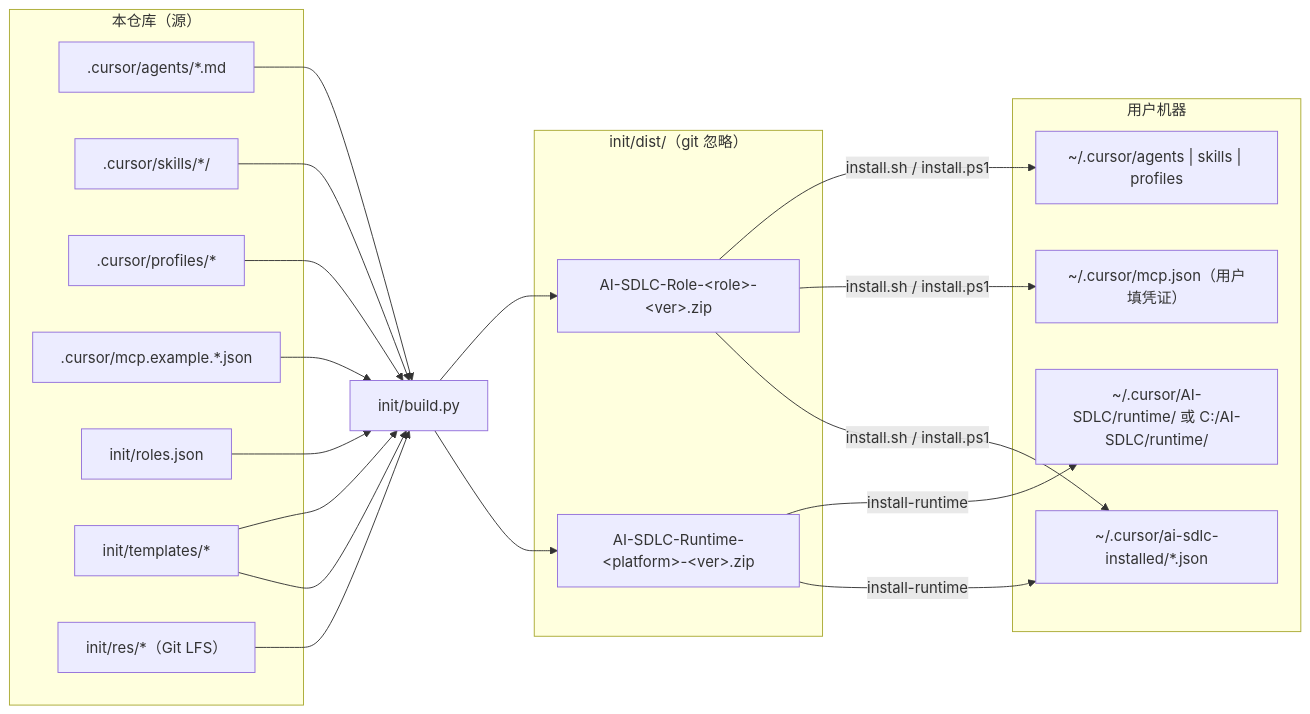
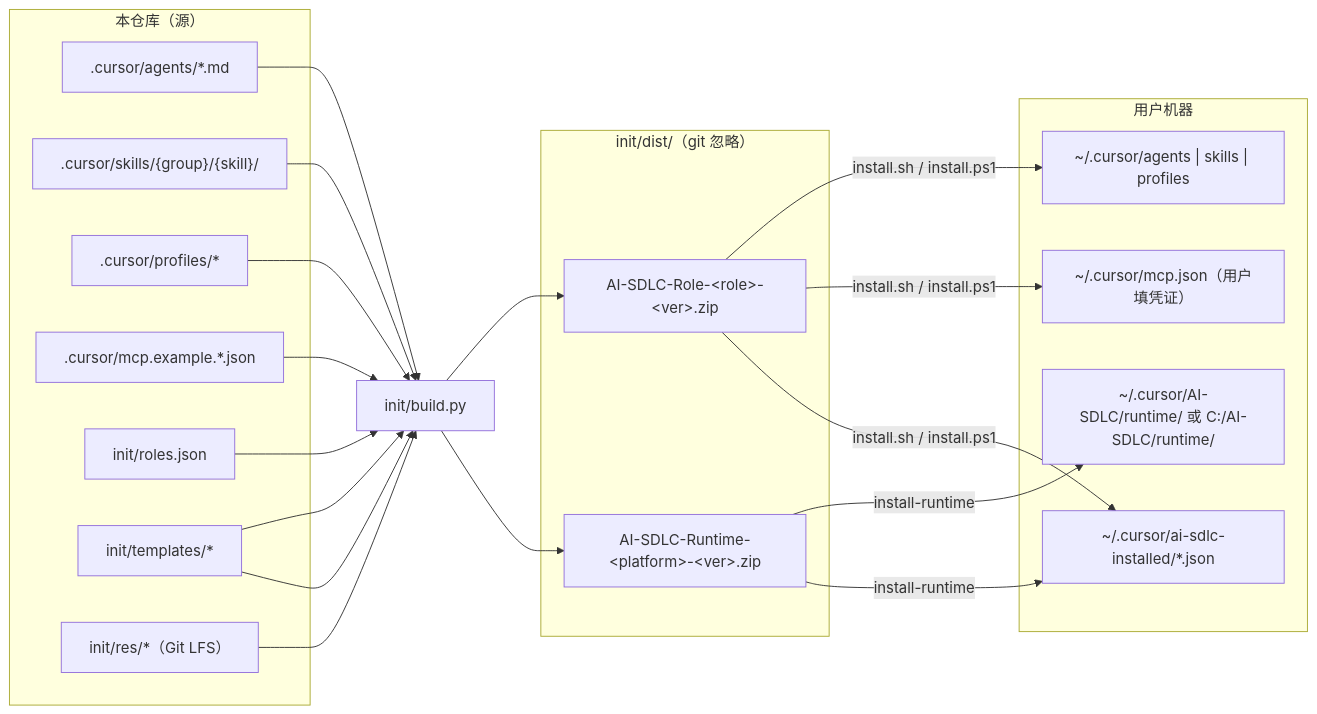
The diagram in doc/maintenance/README.md (mjz-kevin/marriott), drawn with Mermaid before and after one commit. The commit also changed other lines of this file and 119 other files, not shown here.

````diff
--- a/doc/maintenance/README.md
+++ b/doc/maintenance/README.md
@@ -43,27 +43,27 @@
 ```mermaid
 flowchart LR
     subgraph Repo["本仓库（源）"]
         A[".cursor/agents/*.md"]
-        S[".cursor/skills/*/"]
+        S[".cursor/skills/{group}/{skill}/"]
         P[".cursor/profiles/*"]
         M[".cursor/mcp.example.*.json"]
         R["init/roles.json"]
         T["init/templates/*"]
         RES["init/res/*（Git LFS）"]
     end
     B["init/build.py"]
     subgraph Dist["init/dist/（git 忽略）"]
         RP["AI-SDLC-Role-&lt;role&gt;-&lt;ver&gt;.zip"]
         RT["AI-SDLC-Runtime-&lt;platform&gt;-&lt;ver&gt;.zip"]
     end
     subgraph User["用户机器"]
         UC["~/.cursor/agents | skills | profiles"]
         UM["~/.cursor/mcp.json（用户填凭证）"]
         UR["~/.cursor/AI-SDLC/runtime/ 或 C:/AI-SDLC/runtime/"]
         UI["~/.cursor/ai-sdlc-installed/*.json"]
     end
     A & S & P & M & R & T --> B --> RP
     RES & T --> B --> RT
     RP -- "install.sh / install.ps1" --> UC & UM & UI
     RT -- "install-runtime" --> UR & UI
 ```
````
